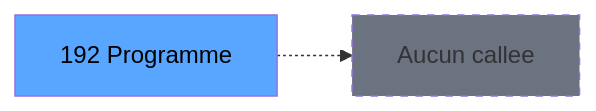
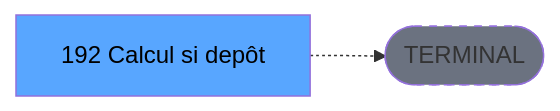
Before and after one commit to thonyAGP/lecteur-magic: the third of 3 diagrams in .openspec/renders/ADH-IDE-192.md, drawn with Mermaid. The commit also changed other lines of this file and 701 other files, not shown here.

````diff
--- a/.openspec/renders/ADH-IDE-192.md
+++ b/.openspec/renders/ADH-IDE-192.md
@@ -140,8 +136,8 @@
 ```mermaid
 graph LR
-    T[192 Programme]
-    NONE[Aucun callee]
-    T -.-> NONE
+    T[192 Calcul si depôt]
+    TERM([TERMINAL])
+    T -.-> TERM
+    style TERM fill:#6b7280,stroke-dasharray: 5 5
     style T fill:#58a6ff,color:#000
-    style NONE fill:#6b7280,stroke-dasharray: 5 5
 ```
````
